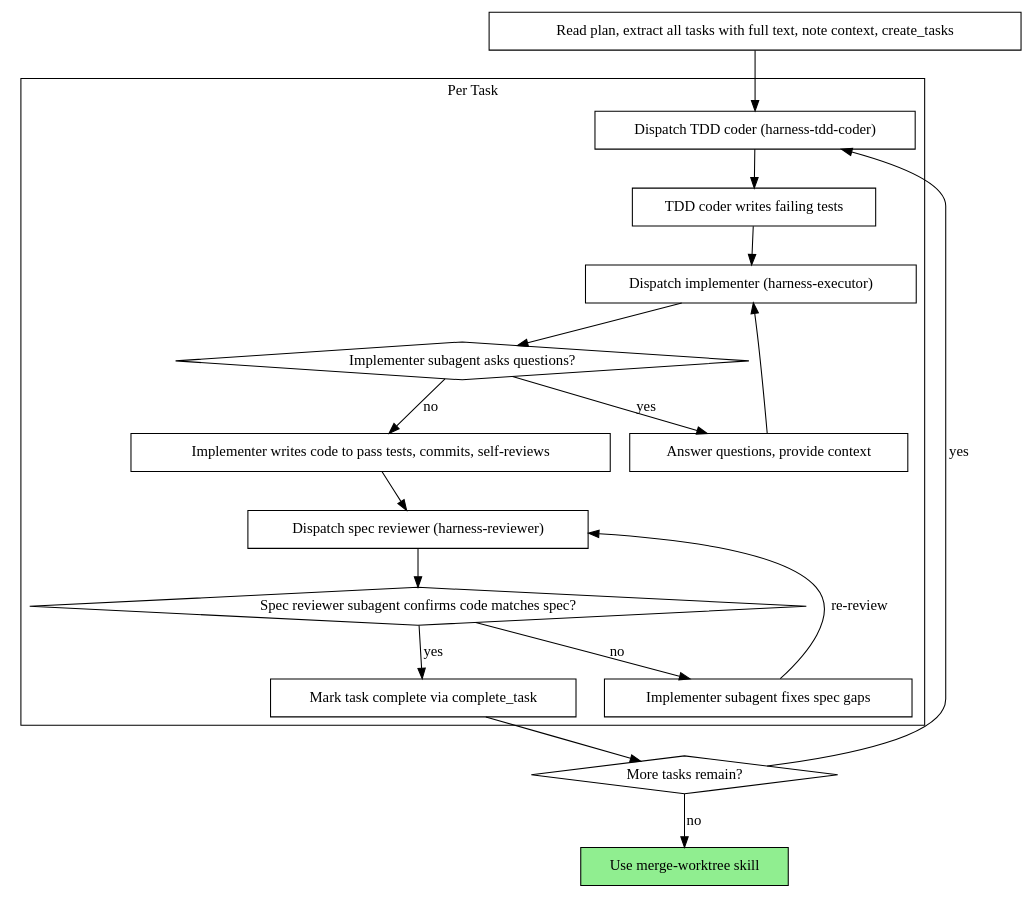
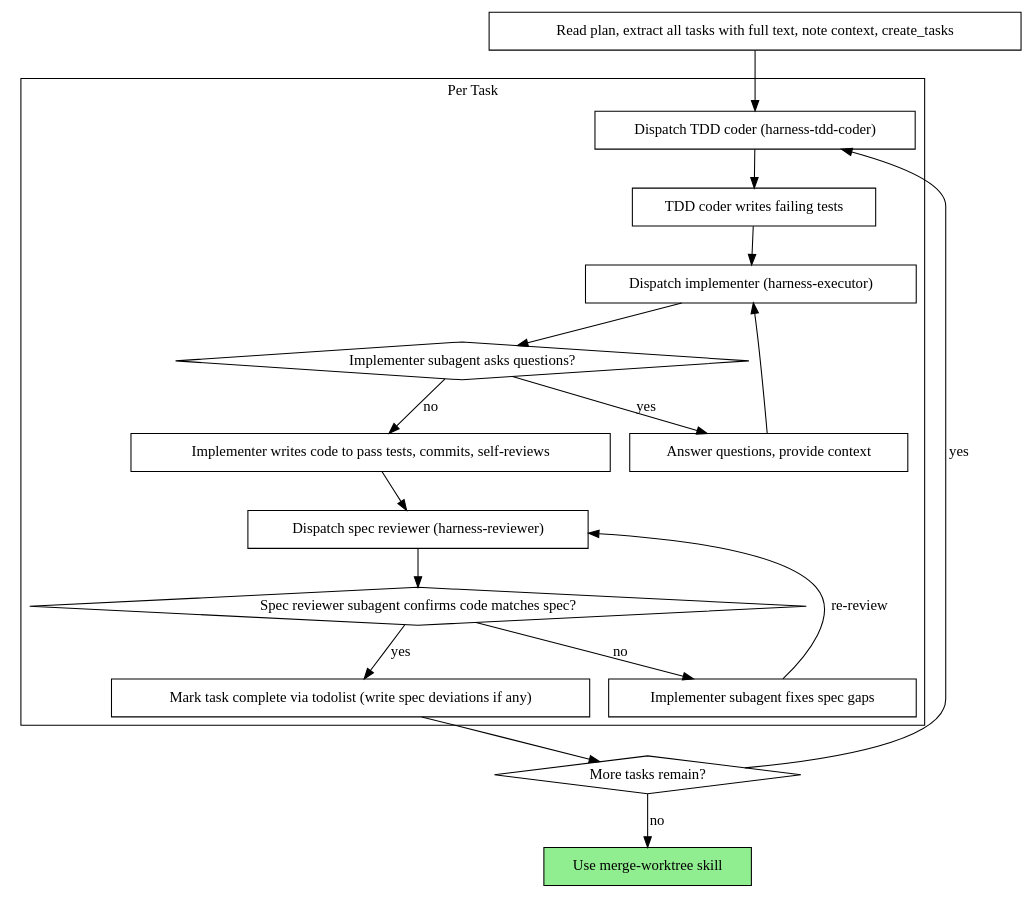
Before and after one commit to zhushanwen321/xyz-harness: the second of 2 diagrams in skills/xyz-harness-subagent-driven-development/SKILL.md, drawn with Graphviz. The commit also changed other lines of this file and 13 other files, not shown here.

````diff
--- a/skills/xyz-harness-subagent-driven-development/SKILL.md
+++ b/skills/xyz-harness-subagent-driven-development/SKILL.md
@@ -64,39 +75,39 @@
 ```dot
 digraph process {
     rankdir=TB;
 
     subgraph cluster_per_task {
         label="Per Task";
         "Dispatch TDD coder (harness-tdd-coder)" [shape=box];
         "TDD coder writes failing tests" [shape=box];
         "Dispatch implementer (harness-executor)" [shape=box];
         "Implementer subagent asks questions?" [shape=diamond];
         "Answer questions, provide context" [shape=box];
         "Implementer writes code to pass tests, commits, self-reviews" [shape=box];
         "Dispatch spec reviewer (harness-reviewer)" [shape=box];
         "Spec reviewer subagent confirms code matches spec?" [shape=diamond];
         "Implementer subagent fixes spec gaps" [shape=box];
-        "Mark task complete via complete_task" [shape=box];
+        "Mark task complete via todolist (write spec deviations if any)" [shape=box];
     }
 
     "Read plan, extract all tasks with full text, note context, create_tasks" [shape=box];
     "More tasks remain?" [shape=diamond];
     "Use merge-worktree skill" [shape=box style=filled fillcolor=lightgreen];
 
     "Read plan, extract all tasks with full text, note context, create_tasks" -> "Dispatch TDD coder (harness-tdd-coder)";
     "Dispatch TDD coder (harness-tdd-coder)" -> "TDD coder writes failing tests";
     "TDD coder writes failing tests" -> "Dispatch implementer (harness-executor)";
     "Dispatch implementer (harness-executor)" -> "Implementer subagent asks questions?";
     "Implementer subagent asks questions?" -> "Answer questions, provide context" [label="yes"];
     "Answer questions, provide context" -> "Dispatch implementer (harness-executor)";
     "Implementer subagent asks questions?" -> "Implementer writes code to pass tests, commits, self-reviews" [label="no"];
     "Implementer writes code to pass tests, commits, self-reviews" -> "Dispatch spec reviewer (harness-reviewer)";
     "Dispatch spec reviewer (harness-reviewer)" -> "Spec reviewer subagent confirms code matches spec?";
     "Spec reviewer subagent confirms code matches spec?" -> "Implementer subagent fixes spec gaps" [label="no"];
     "Implementer subagent fixes spec gaps" -> "Dispatch spec reviewer (harness-reviewer)" [label="re-review"];
-    "Spec reviewer subagent confirms code matches spec?" -> "Mark task complete via complete_task" [label="yes"];
-    "Mark task complete via complete_task" -> "More tasks remain?";
+    "Spec reviewer subagent confirms code matches spec?" -> "Mark task complete via todolist (write spec deviations if any)" [label="yes"];
+    "Mark task complete via todolist (write spec deviations if any)" -> "More tasks remain?";
     "More tasks remain?" -> "Dispatch TDD coder (harness-tdd-coder)" [label="yes"];
     "More tasks remain?" -> "Use merge-worktree skill" [label="no"];
 }
 ```
````
